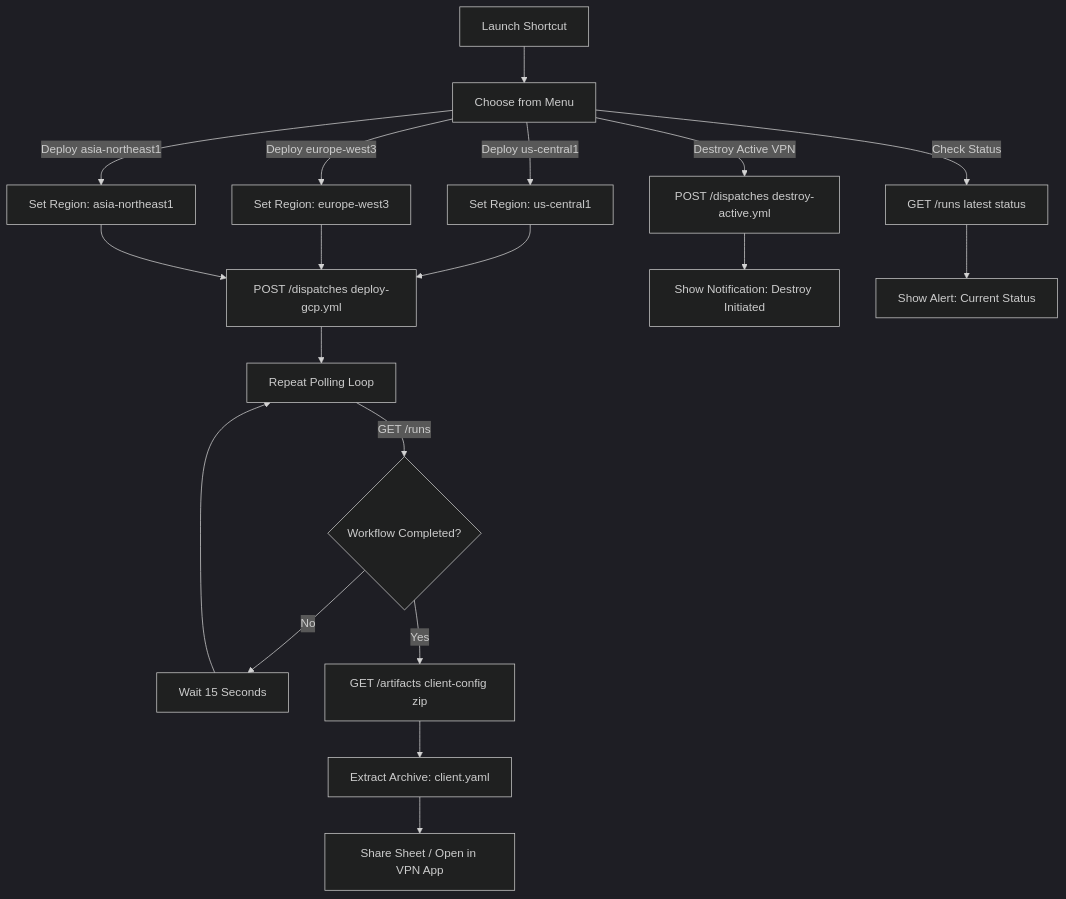
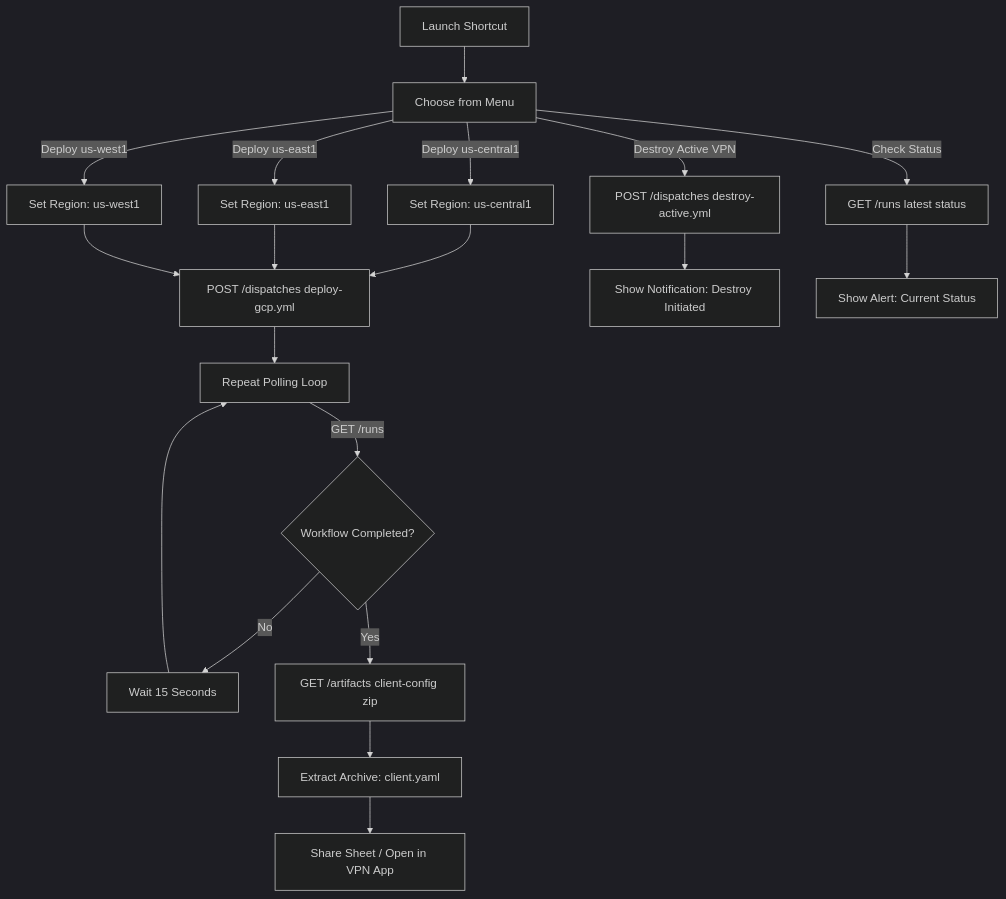
Before and after one commit to yahya-azeem/automated-disposable-vpn: the diagram in control-plane-ios-shortcut/README.md, drawn with Mermaid (dark theme). The commit also changed other lines of this file and 2 other files, not shown here.

````diff
--- a/control-plane-ios-shortcut/README.md
+++ b/control-plane-ios-shortcut/README.md
@@ -9,23 +9,23 @@
 ```mermaid
 graph TD
     A[Launch Shortcut] --> B[Choose from Menu]
     B -->|Deploy us-central1| C[Set Region: us-central1]
-    B -->|Deploy europe-west3| D[Set Region: europe-west3]
-    B -->|Deploy asia-northeast1| E[Set Region: asia-northeast1]
+    B -->|Deploy us-east1| D[Set Region: us-east1]
+    B -->|Deploy us-west1| E[Set Region: us-west1]
     B -->|Destroy Active VPN| F[POST /dispatches destroy-active.yml]
     B -->|Check Status| G[GET /runs latest status]
 
     C --> H[POST /dispatches deploy-gcp.yml]
     D --> H
     E --> H
 
     H --> I[Repeat Polling Loop]
     I -->|GET /runs| J{Workflow Completed?}
     J -->|No| K[Wait 15 Seconds] --> I
     J -->|Yes| L[GET /artifacts client-config zip]
 
     L --> M[Extract Archive: client.yaml]
     M --> N[Share Sheet / Open in VPN App]
     F --> O[Show Notification: Destroy Initiated]
     G --> P[Show Alert: Current Status]
 ```
````
